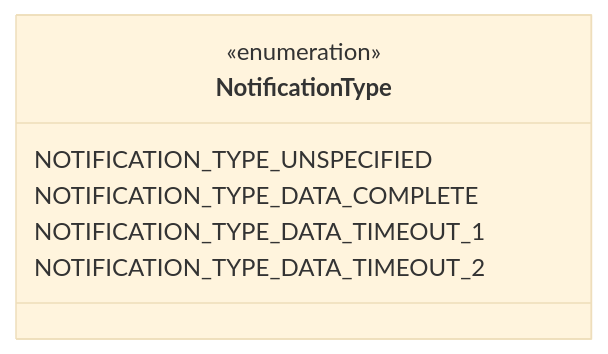
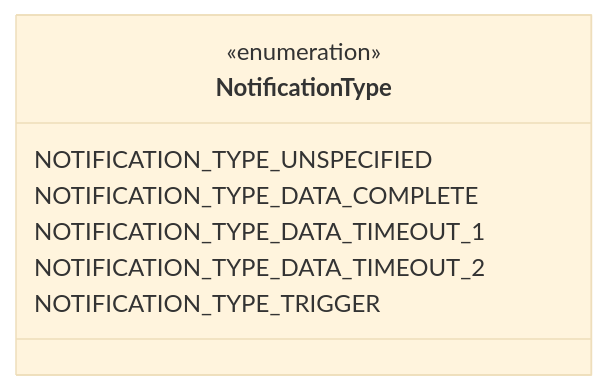
One commit to zaphiro-technologies/protobuf changed the second of 4 diagrams in docs/task.proto.md. Above: the diagram before and after it, drawn with Mermaid (base theme). The commit also changed other lines of this file and 4 other files, not shown here.

First line of the commit message:
Notification message: support Trigger requirements (#6)

````diff
--- a/docs/task.proto.md
+++ b/docs/task.proto.md
@@ -66,13 +67,14 @@
 ```mermaid
 classDiagram
 direction LR
 %% The different type of notifications generated by the real time processing.
 
 class NotificationType{
   <<enumeration>>
   NOTIFICATION_TYPE_UNSPECIFIED
   NOTIFICATION_TYPE_DATA_COMPLETE
   NOTIFICATION_TYPE_DATA_TIMEOUT_1
   NOTIFICATION_TYPE_DATA_TIMEOUT_2
+  NOTIFICATION_TYPE_TRIGGER
 }
 ```
````
